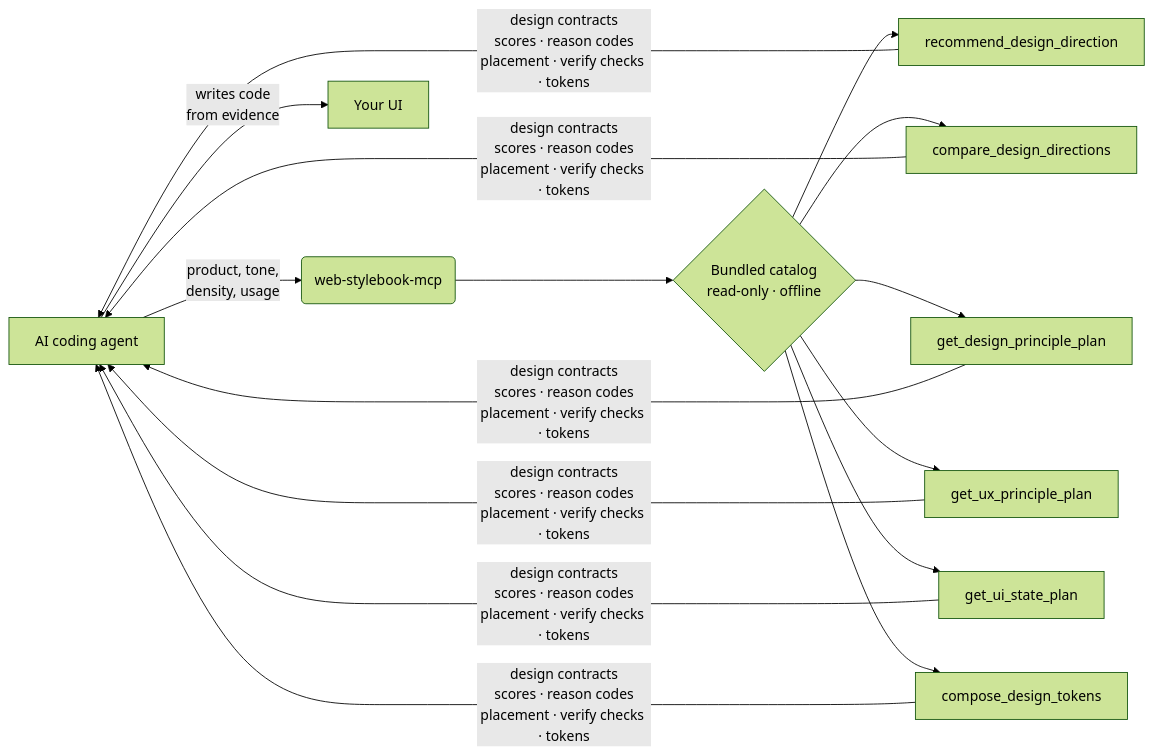
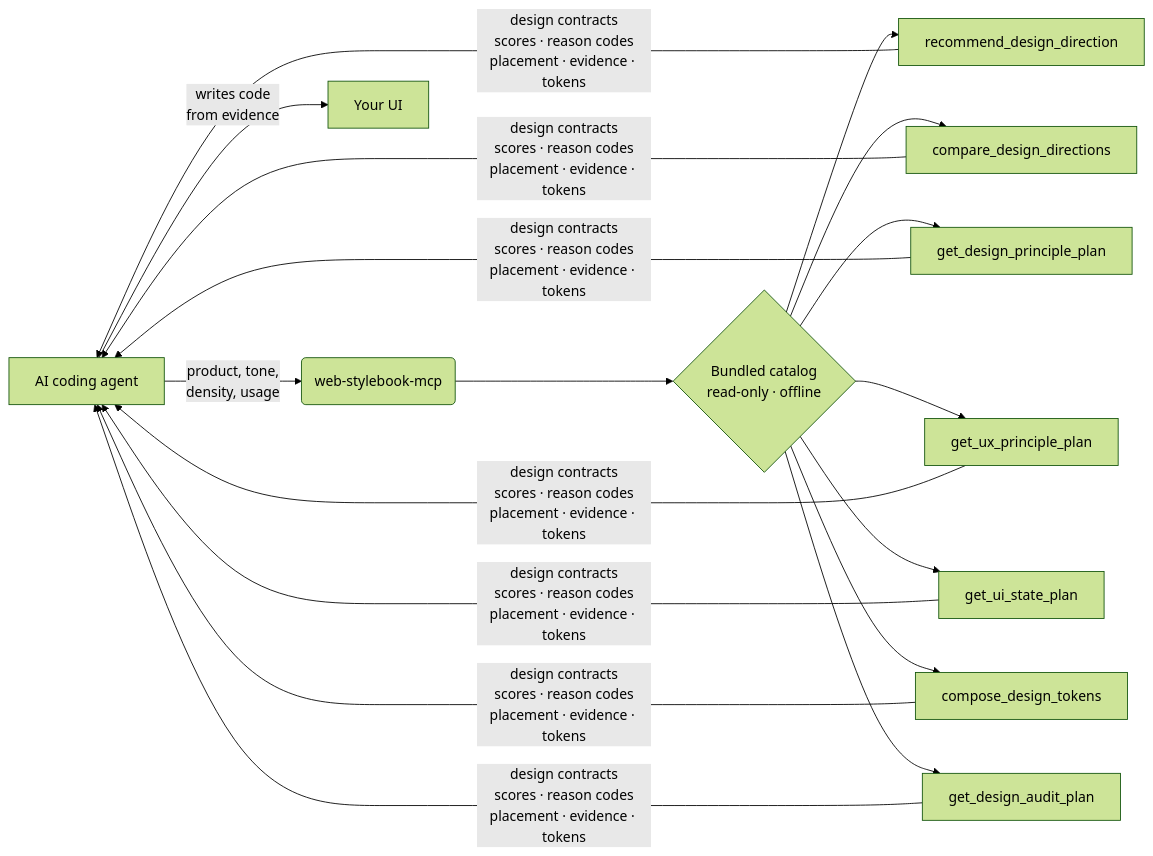
Before and after one commit to seungdori/web-stylebook-mcp: the diagram in README.md, drawn with Mermaid (forest theme). The commit also changed other lines of this file and 26 other files, not shown here.

Commit message:
feat: add evidence-backed design audit planning

````diff
--- a/README.md
+++ b/README.md
@@ -108,13 +109,14 @@
 ```mermaid
 flowchart LR
     A[AI coding agent] -->|product, tone,<br/>density, usage| B(web-stylebook-mcp)
     B --> C{Bundled catalog<br/>read-only · offline}
     C --> D[recommend_design_direction]
     C --> E[compare_design_directions]
     C --> F[get_design_principle_plan]
     C --> G[get_ux_principle_plan]
     C --> H[get_ui_state_plan]
     C --> I[compose_design_tokens]
-    D & E & F & G & H & I -->|design contracts<br/>scores · reason codes<br/>placement · verify checks · tokens| A
+    C --> J[get_design_audit_plan]
+    D & E & F & G & H & I & J -->|design contracts<br/>scores · reason codes<br/>placement · evidence · tokens| A
     A -->|writes code<br/>from evidence| Z[Your UI]
 ```
````
